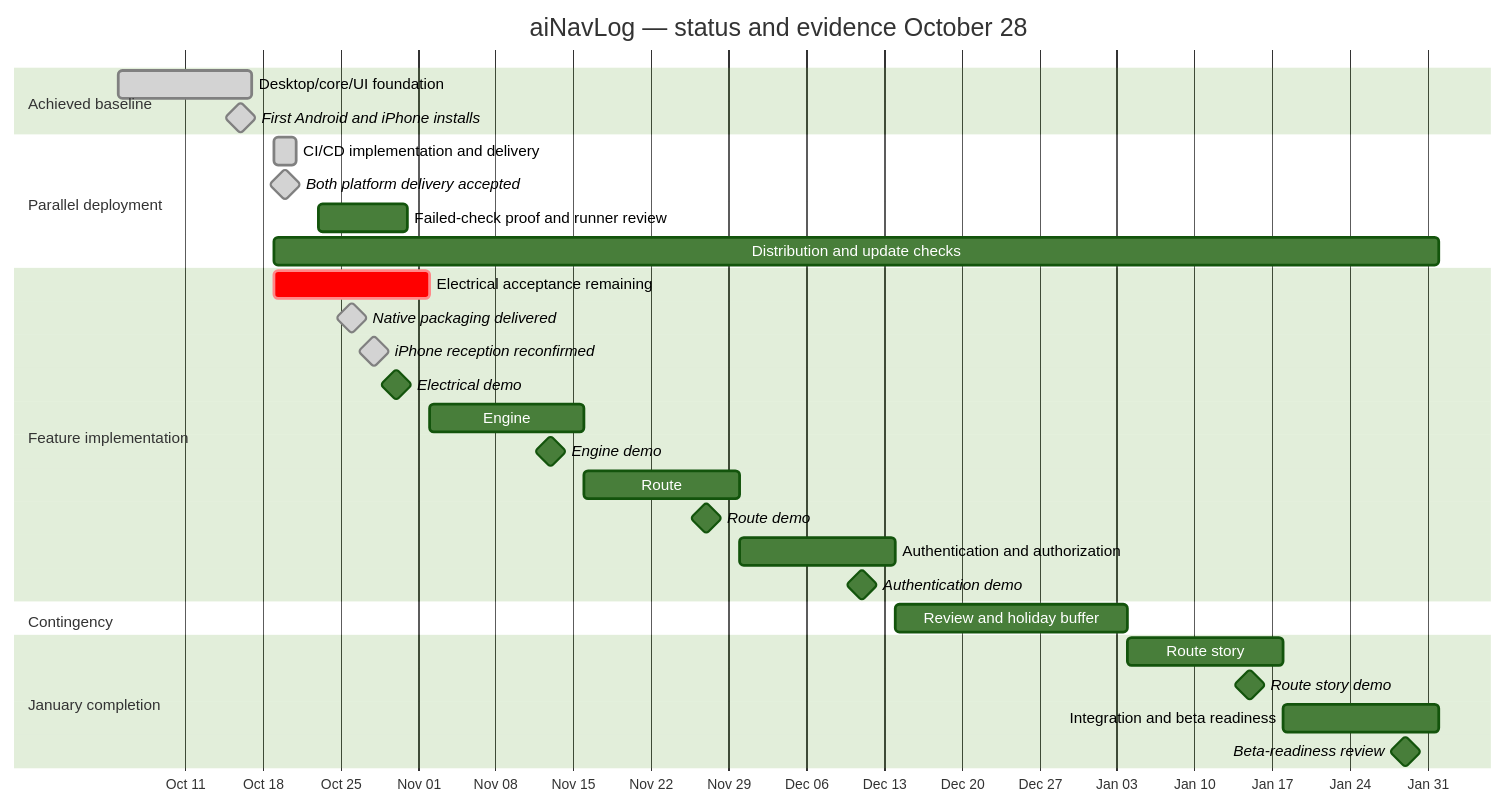
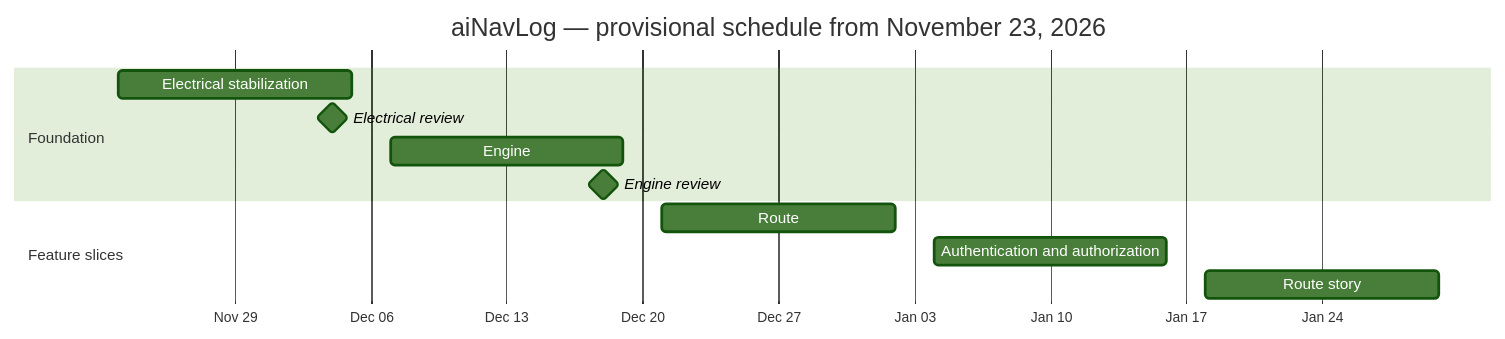
The first of 2 diagrams in docs/project-plan.md (amanlig/aiNavLog), drawn with Mermaid (forest theme) before and after one commit. The commit also changed other lines of this file and 60 other files, not shown here.

````diff
--- a/docs/project-plan.md
+++ b/docs/project-plan.md
@@ -71,33 +108,15 @@
 ```mermaid
 gantt
-    title aiNavLog — status and evidence October 28
+    title aiNavLog — provisional schedule from November 23, 2026
     dateFormat YYYY-MM-DD
     axisFormat %b %d
-    todayMarker off
-    section Achieved baseline
-    Desktop/core/UI foundation          :done, baseline, 2026-10-05, 2026-10-17
-    First Android and iPhone installs    :milestone, done, installed, 2026-10-16, 0d
-    section Parallel deployment
-    CI/CD implementation and delivery   :done, cicd, 2026-10-19, 2026-10-21
-    Both platform delivery accepted     :milestone, done, delivery_accepted, 2026-10-20, 0d
-    Failed-check proof and runner review :cicd_remaining, 2026-10-23, 2026-10-31
-    Distribution and update checks      :delivery, 2026-10-19, 2027-02-01
-    section Feature implementation
-    Electrical acceptance remaining :crit, electrical, 2026-10-19, 2026-11-02
-    Native packaging delivered          :milestone, done, native_gate, 2026-10-26, 0d
-    iPhone reception reconfirmed        :milestone, done, iphone_retest, 2026-10-28, 0d
-    Electrical demo                     :milestone, electrical_demo, 2026-10-30, 0d
-    Engine                              :engine, 2026-11-02, 2026-11-16
-    Engine demo                         :milestone, engine_demo, 2026-11-13, 0d
-    Route                               :route, 2026-11-16, 2026-11-30
-    Route demo                          :milestone, route_demo, 2026-11-27, 0d
-    Authentication and authorization    :auth, 2026-11-30, 2026-12-14
-    Authentication demo                 :milestone, auth_demo, 2026-12-11, 0d
-    section Contingency
-    Review and holiday buffer           :buffer, 2026-12-14, 2027-01-04
-    section January completion
-    Route story                         :story, 2027-01-04, 2027-01-18
-    Route story demo                    :milestone, story_demo, 2027-01-15, 0d
-    Integration and beta readiness      :readiness, 2027-01-18, 2027-02-01
-    Beta-readiness review               :milestone, readiness_review, 2027-01-29, 0d
+    section Foundation
+    Electrical stabilization            :electrical, 2026-11-23, 2026-12-05
+    Electrical review                   :milestone, 2026-12-04, 0d
+    Engine                              :engine, 2026-12-07, 2026-12-19
+    Engine review                       :milestone, 2026-12-18, 0d
+    section Feature slices
+    Route                               :route, 2026-12-21, 2027-01-02
+    Authentication and authorization    :auth, 2027-01-04, 2027-01-16
+    Route story                         :story, 2027-01-18, 2027-01-30
 ```
````
